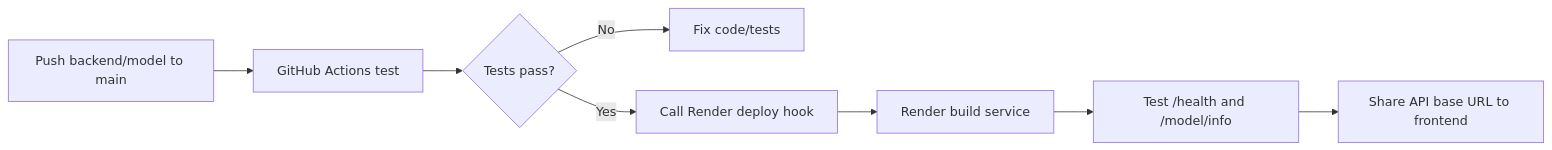
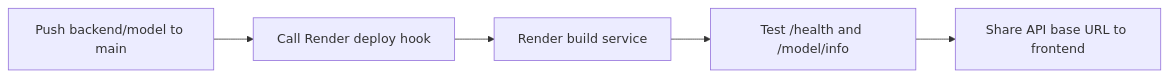
The diagram in docs/deployment.md (uit-25730067-chithanh/AI002-Team22-DT10), drawn with Mermaid before and after one commit. The commit also changed other lines of this file and 4 other files, not shown here.

````diff
--- a/docs/deployment.md
+++ b/docs/deployment.md
@@ -109,10 +109,7 @@
 ```mermaid
 flowchart LR
-    A[Push backend/model to main] --> B[GitHub Actions test]
-    B --> C{Tests pass?}
-    C -->|No| D[Fix code/tests]
-    C -->|Yes| E[Call Render deploy hook]
+    A[Push backend/model to main] --> E[Call Render deploy hook]
     E --> F[Render build service]
     F --> G[Test /health and /model/info]
     G --> H[Share API base URL to frontend]
 ```
````
